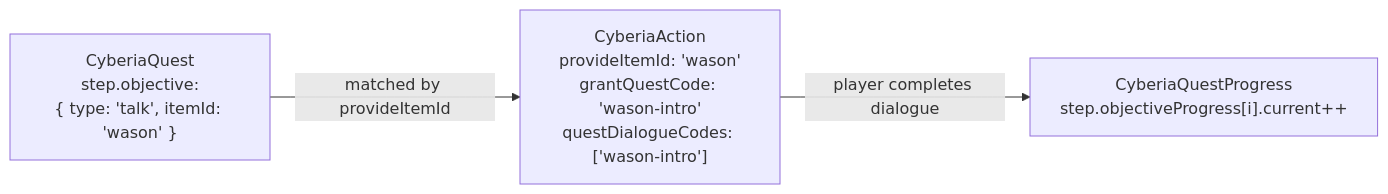
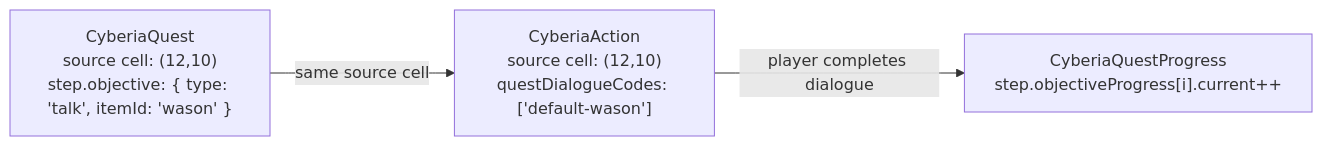
One commit to underpostnet/engine changed the first of 3 diagrams in src/client/public/cyberia-docs/ACTION-SYSTEM.md. Above: the diagram before and after it, drawn with Mermaid. The commit also changed other lines of this file and 1 other file, not shown here.

Commit message:
[docs] Update action and quest system documentation for cell-based binding and explicit quest accept

````diff
--- a/src/client/public/cyberia-docs/ACTION-SYSTEM.md
+++ b/src/client/public/cyberia-docs/ACTION-SYSTEM.md
@@ -88,9 +91,9 @@
 ```mermaid
 graph LR
-    Quest["CyberiaQuest\nstep.objective:\n{ type: 'talk', itemId: 'wason' }"]
-    Action["CyberiaAction\nprovideItemId: 'wason'\ngrantQuestCode: 'wason-intro'\nquestDialogueCodes: ['wason-intro']"]
+    Quest["CyberiaQuest\nsource cell: (12,10)\nstep.objective: { type: 'talk', itemId: 'wason' }"]
+    Action["CyberiaAction\nsource cell: (12,10)\nquestDialogueCodes: ['default-wason']"]
     Progress["CyberiaQuestProgress\nstep.objectiveProgress[i].current++"]
 
-    Quest -->|matched by provideItemId| Action
+    Quest -->|same source cell| Action
     Action -->|player completes dialogue| Progress
 ```
````
